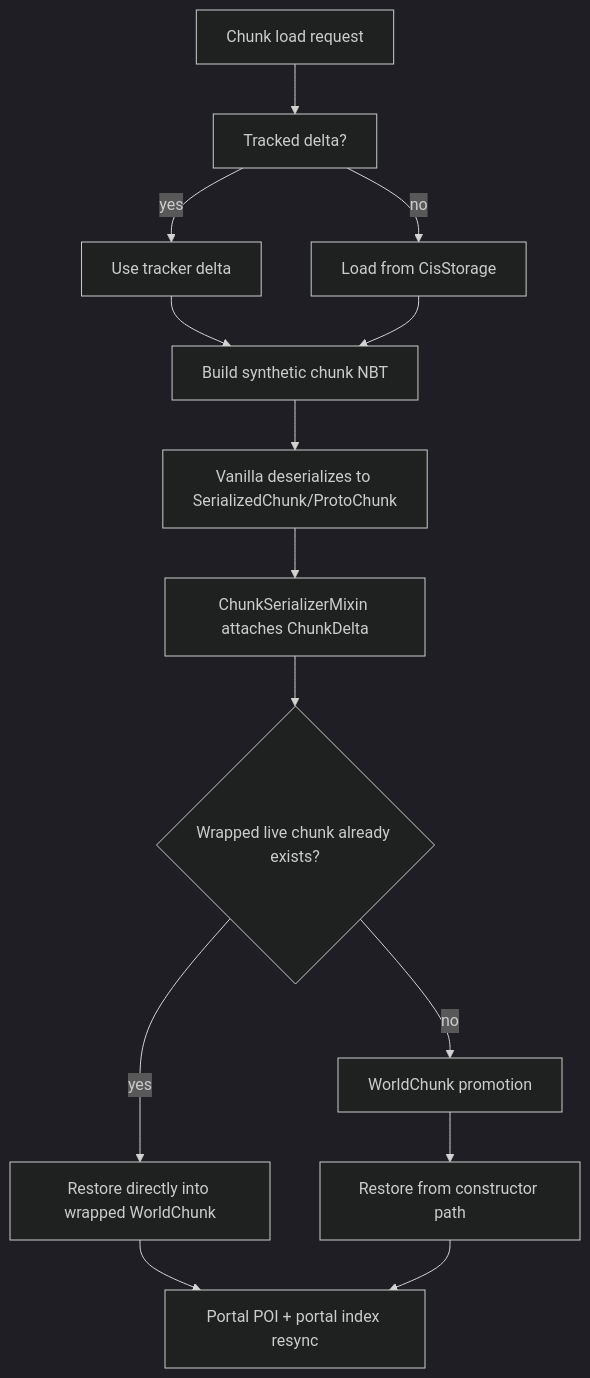
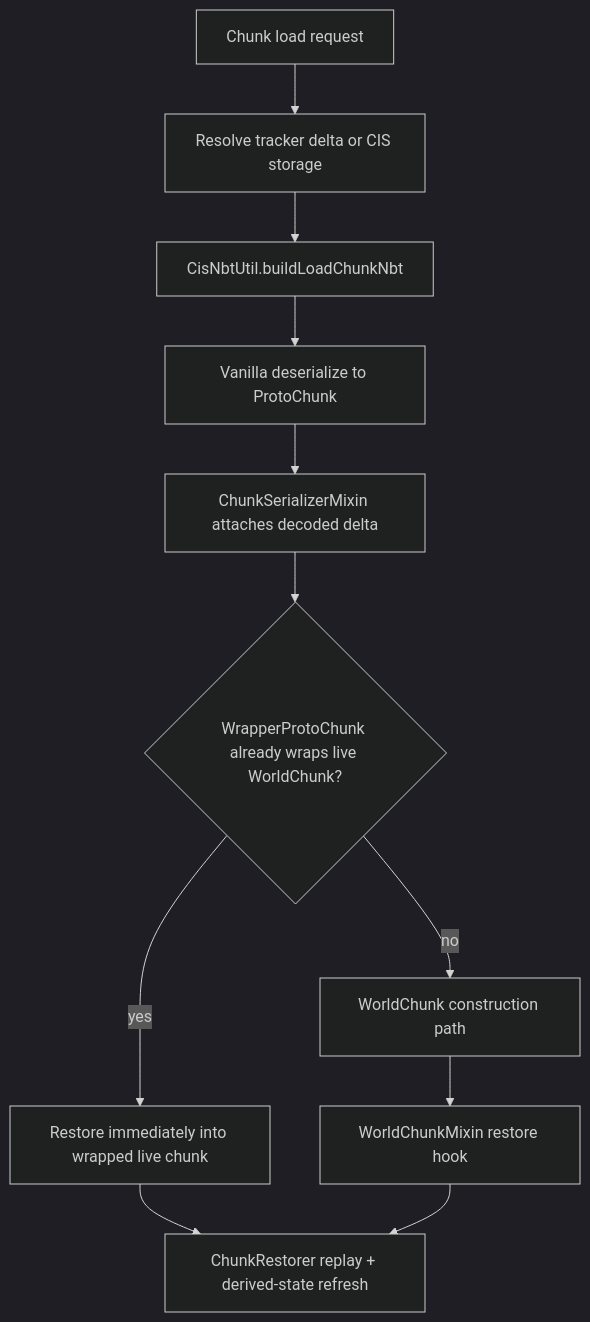
One commit to Liparakis/Chunkis changed the diagram in docs/Architecture/Load-And-Restore-Pipeline.md. Above: the diagram before and after it, drawn with Mermaid (dark theme). The commit also changed other lines of this file and 25 other files, not shown here.

Commit message:
docs: sync documentation with current architecture

````diff
--- a/docs/Architecture/Load-And-Restore-Pipeline.md
+++ b/docs/Architecture/Load-And-Restore-Pipeline.md
@@ -34,16 +19,13 @@
 ```mermaid
 flowchart TD
-    A["Chunk load request"] --> B["Tracked delta?"]
-    B -->|yes| C["Use tracker delta"]
-    B -->|no| D["Load from CisStorage"]
-    C --> E["Build synthetic chunk NBT"]
-    D --> E
-    E --> F["Vanilla deserializes to SerializedChunk/ProtoChunk"]
-    F --> G["ChunkSerializerMixin attaches ChunkDelta"]
-    G --> H{"Wrapped live chunk already exists?"}
-    H -->|yes| I["Restore directly into wrapped WorldChunk"]
-    H -->|no| J["WorldChunk promotion"]
-    J --> K["Restore from constructor path"]
-    I --> L["Portal POI + portal index resync"]
-    K --> L
+    A["Chunk load request"] --> B["Resolve tracker delta or CIS storage"]
+    B --> C["CisNbtUtil.buildLoadChunkNbt"]
+    C --> D["Vanilla deserialize to ProtoChunk"]
+    D --> E["ChunkSerializerMixin attaches decoded delta"]
+    E --> F{"WrapperProtoChunk already wraps live WorldChunk?"}
+    F -->|yes| G["Restore immediately into wrapped live chunk"]
+    F -->|no| H["WorldChunk construction path"]
+    H --> I["WorldChunkMixin restore hook"]
+    G --> J["ChunkRestorer replay + derived-state refresh"]
+    I --> J
 ```
````
